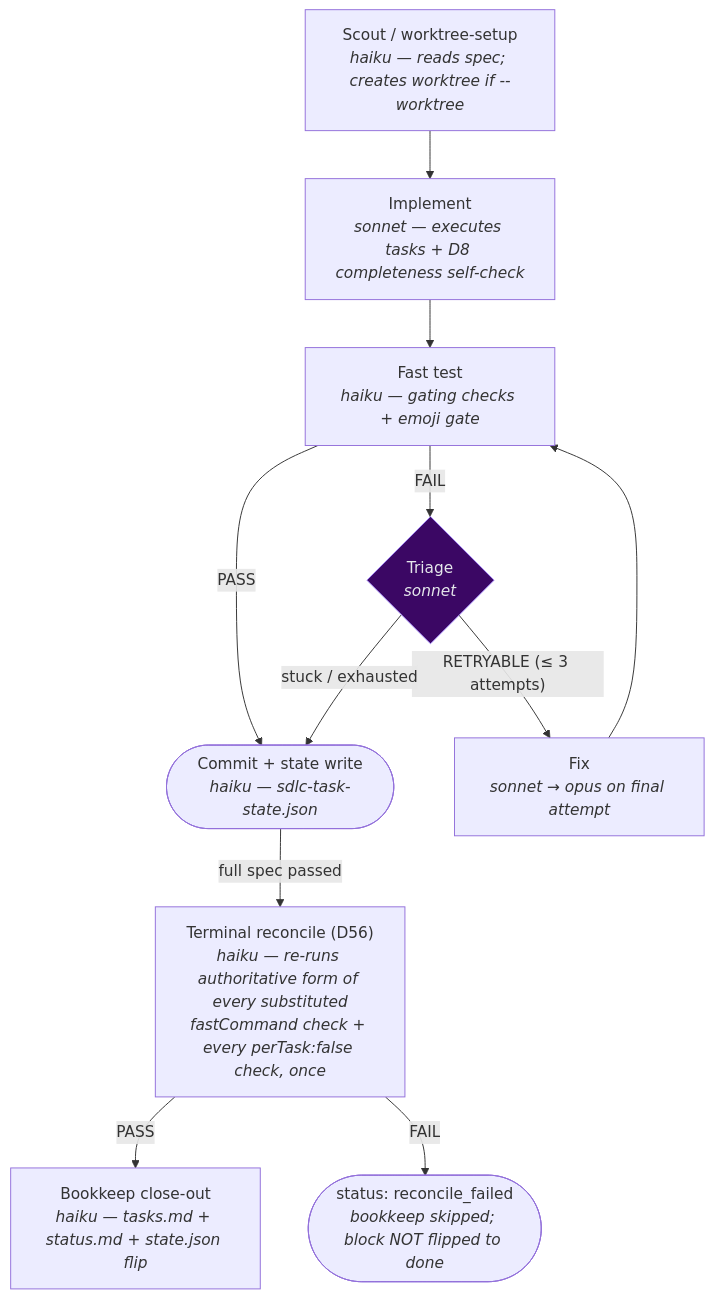
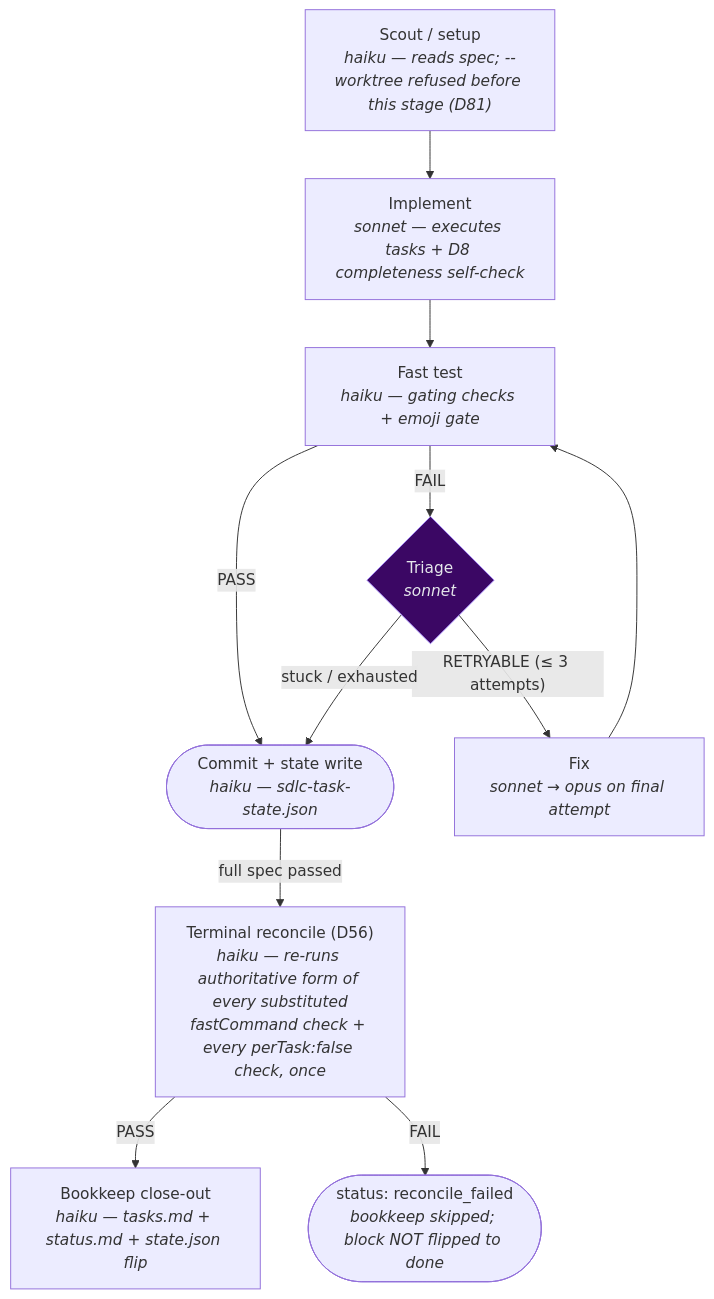
The diagram in docs/workflows/sdlc-task.md (bredmond1019/agentic-base-template), drawn with Mermaid before and after one commit. The commit also changed other lines of this file and 8 other files, not shown here.

Commit message:
feat: implement BT.ticket.engines-must-refuse-worktree-under-D81-task2

````diff
--- a/docs/workflows/sdlc-task.md
+++ b/docs/workflows/sdlc-task.md
@@ -50,15 +54,15 @@
 ```mermaid
 flowchart TD
-    Scout["Scout / worktree-setup<br/><i>haiku — reads spec; creates worktree if --worktree</i>"] --> Implement["Implement<br/><i>sonnet — executes tasks + D8 completeness self-check</i>"]
+    Scout["Scout / setup<br/><i>haiku — reads spec; --worktree refused before this stage (D81)</i>"] --> Implement["Implement<br/><i>sonnet — executes tasks + D8 completeness self-check</i>"]
     Implement --> Test["Fast test<br/><i>haiku — gating checks + emoji gate</i>"]
     Test -- "PASS" --> Commit(["Commit + state write<br/><i>haiku — sdlc-task-state.json</i>"])
     Test -- "FAIL" --> Triage{"Triage<br/><i>sonnet</i>"}
     Triage -- "RETRYABLE (≤ 3 attempts)" --> Fix["Fix<br/><i>sonnet → opus on final attempt</i>"] --> Test
     Triage -- "stuck / exhausted" --> Commit
     Commit -- "full spec passed" --> Reconcile["Terminal reconcile (D56)<br/><i>haiku — re-runs authoritative form of every substituted<br/>fastCommand check + every perTask:false check, once</i>"]
     Reconcile -- "PASS" --> Bookkeep["Bookkeep close-out<br/><i>haiku — tasks.md + status.md + state.json flip</i>"]
     Reconcile -- "FAIL" --> ReconcileFailed(["status: reconcile_failed<br/><i>bookkeep skipped; block NOT flipped to done</i>"])
 
     classDef gate fill:#3b0764,stroke:#a78bfa,color:#e5e7eb;
     class Triage gate;
 ```
````
